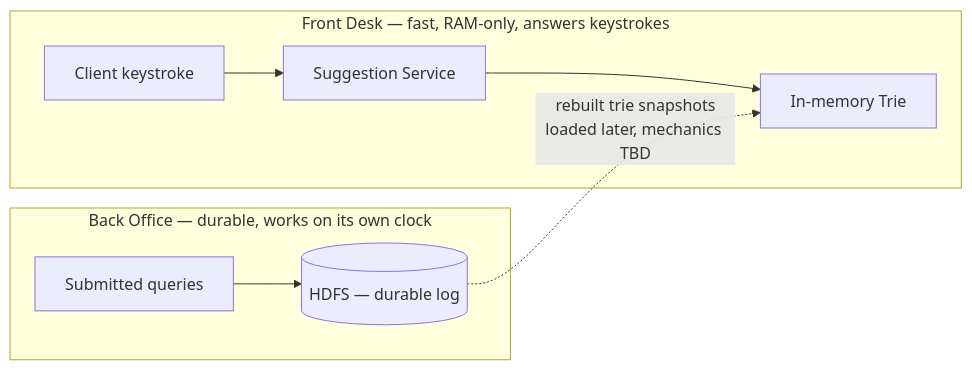
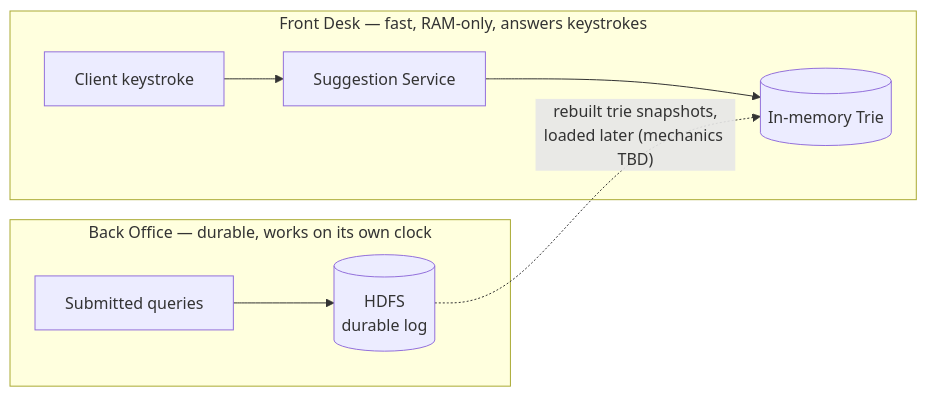
The second of 16 diagrams in system-design/HLD/0-course/37-Typeahead-Suggestion-FAANG-Guide-story.md (riyaz-pasha/Learnings), drawn with Mermaid before and after one commit. The commit also changed other lines of this file and 1 other file, not shown here.

Commit message:
[REWRITE] Typeahead Suggestion story guide: simplify prose, add structure, fix diagrams

````diff
--- a/system-design/HLD/0-course/37-Typeahead-Suggestion-FAANG-Guide-story.md
+++ b/system-design/HLD/0-course/37-Typeahead-Suggestion-FAANG-Guide-story.md
@@ -45,10 +129,11 @@
 ```mermaid
 flowchart LR
     subgraph Hot["Front Desk — fast, RAM-only, answers keystrokes"]
-        C["Client keystroke"] --> SS["Suggestion Service"] --> T["In-memory Trie"]
+        C["Client keystroke"] --> SS["Suggestion Service"]
+        SS --> T[("In-memory Trie")]
     end
     subgraph Cold["Back Office — durable, works on its own clock"]
-        Q["Submitted queries"] --> HDFS[("HDFS — durable log")]
+        Q["Submitted queries"] --> HDFS[("HDFS<br/>durable log")]
     end
-    HDFS -. "rebuilt trie snapshots\nloaded later, mechanics TBD" .-> T
+    HDFS -. "rebuilt trie snapshots,<br/>loaded later (mechanics TBD)" .-> T
 ```
````
